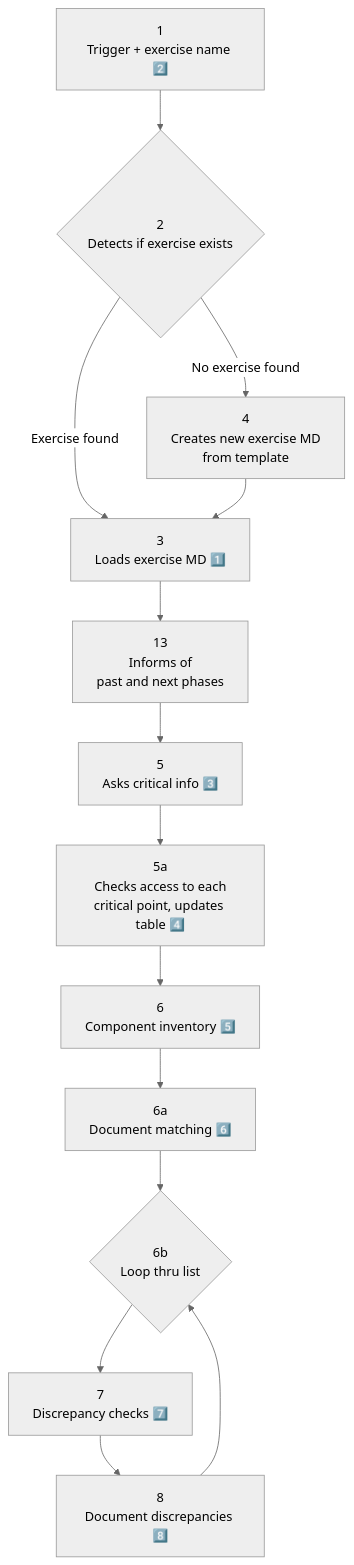
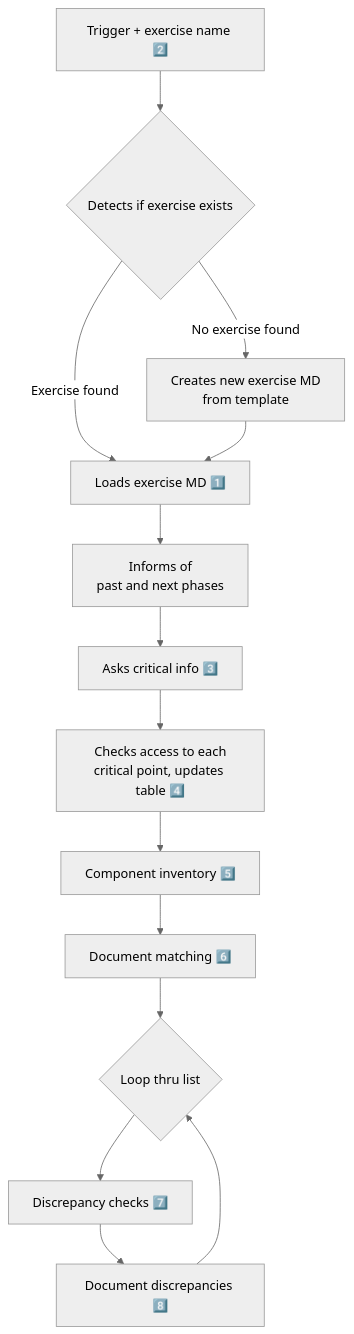
Before and after one commit to nonlinear/skills: the diagram in design-discrepancy/SKILL.md, drawn with Mermaid (neutral theme).

Commit message:
Design discrepancy skill complete - ready for RPM alignment

````diff
--- a/design-discrepancy/SKILL.md
+++ b/design-discrepancy/SKILL.md
@@ -24,31 +24,31 @@
 ```mermaid
 flowchart TD
-    1["1<br/>Trigger + exercise name 2️⃣"]
-    2{"2<br/>Detects if exercise exists"}
-    3["3<br/>Loads exercise MD 1️⃣"]
-    4["4<br/>Creates new exercise MD<br/>from template"]
-    5["5<br/>Asks critical info 3️⃣"]
-    5a["5a<br/>Checks access to each<br/>critical point, updates table 4️⃣"]
-    6["6<br/>Component inventory 5️⃣"]
-    6a["6a<br/>Document matching 6️⃣"]
-    6b{"6b<br/>Loop thru list"}
-    7["7<br/>Discrepancy checks 7️⃣"]
-    8["8<br/>Document discrepancies 8️⃣"]
-    13["13<br/>Informs of<br/>past and next phases"]
+    1["Trigger + exercise name 2️⃣"]
+    2{"Detects if exercise exists"}
+    3["Loads exercise MD 1️⃣"]
+    4["Creates new exercise MD<br/>from template"]
+    5["Asks critical info 3️⃣"]
+    5a["Checks access to each<br/>critical point, updates table 4️⃣"]
+    6["Component inventory 5️⃣"]
+    6a["Document matching 6️⃣"]
+    6b{"Loop thru list"}
+    7["Discrepancy checks 7️⃣"]
+    8["Document discrepancies 8️⃣"]
+    13["Informs of<br/>past and next phases"]
     
     1 --> 2
     2 -->|No exercise found| 4
     2 -->|Exercise found| 3
     
     4 --> 3
     3 --> 13
     13 --> 5
     
     5 --> 5a
     5a --> 6
     6 --> 6a
     6a --> 6b
     6b --> 7
     7 --> 8
     8 --> 6b
 ```
````
